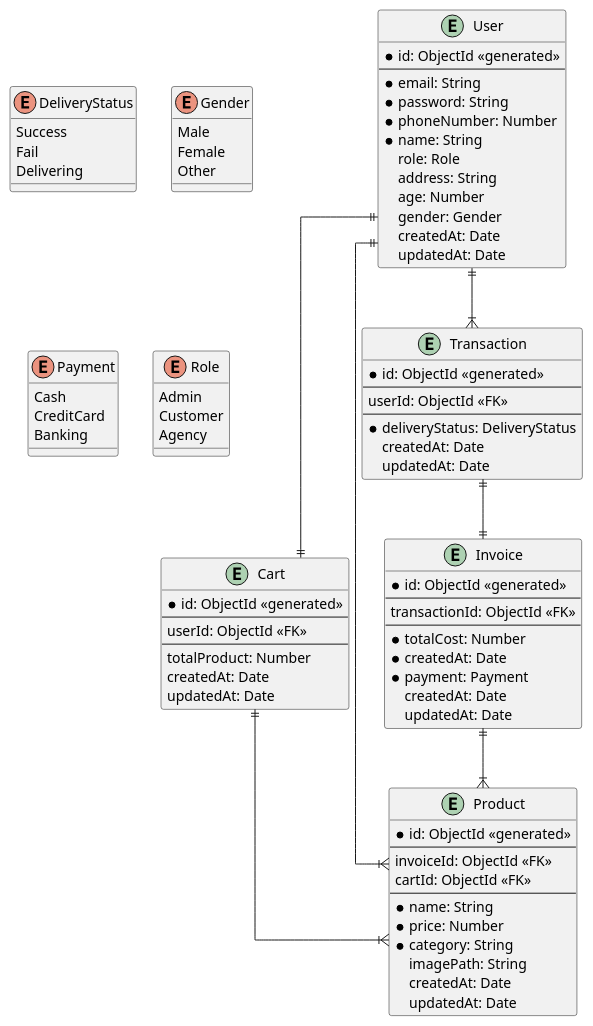
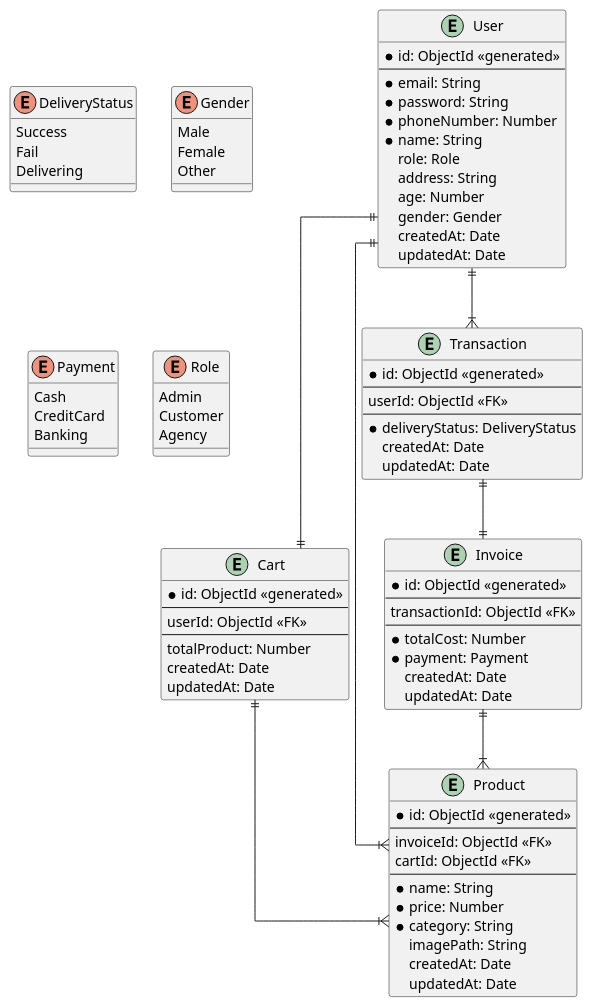
One commit to tranhoang2811/backend-problem-solving changed the diagram in ecommerce/docs/erd.plantuml. Above: the diagram before and after it, drawn with PlantUML. The commit also changed 12 other files, not shown here.

```diff
--- a/ecommerce/docs/erd.plantuml
+++ b/ecommerce/docs/erd.plantuml
@@ -1,97 +1,96 @@
 @startuml ecommerceERD
 
 skinparam linetype ortho
 
 entity User {
     *id: ObjectId <<generated>>
     --
     *email: String
     *password: String
     *phoneNumber: Number
     *name: String
     role: Role
     address: String
     age: Number
     gender: Gender
     createdAt: Date
     updatedAt: Date
 }
 
 entity Cart {
     *id: ObjectId <<generated>>
     --
     userId: ObjectId <<FK>>
     --
     totalProduct: Number
     createdAt: Date
     updatedAt: Date
 }
 
 entity Transaction {
     *id: ObjectId <<generated>>
     --
     userId: ObjectId <<FK>>
     --
     *deliveryStatus: DeliveryStatus
     createdAt: Date
     updatedAt: Date
 }
 
 entity Invoice {
     *id: ObjectId <<generated>>
     --
     transactionId: ObjectId <<FK>>
     --
     *totalCost: Number 
-    *createdAt: Date
     *payment: Payment
     createdAt: Date
     updatedAt: Date
 }
 
 entity Product {
     *id: ObjectId <<generated>>
     --
     invoiceId: ObjectId <<FK>>
     cartId: ObjectId <<FK>>
     --
     *name: String
     *price: Number
     *category: String
     imagePath: String
     createdAt: Date
     updatedAt: Date
 }
 
 enum DeliveryStatus{
     Success
     Fail
     Delivering  
 }
 
 enum Gender {
     Male
     Female
     Other
 }
 
 enum Payment {
     Cash
     CreditCard
     Banking
 }
 
 enum Role {
     Admin
     Customer
     Agency
 }
 
 User ||--|{ Transaction
 Transaction ||--|| Invoice
 Invoice ||--|{ Product
 User ||--|| Cart
 Cart ||--|{ Product
 User ||--|{ Product
 
 @enduml
```
